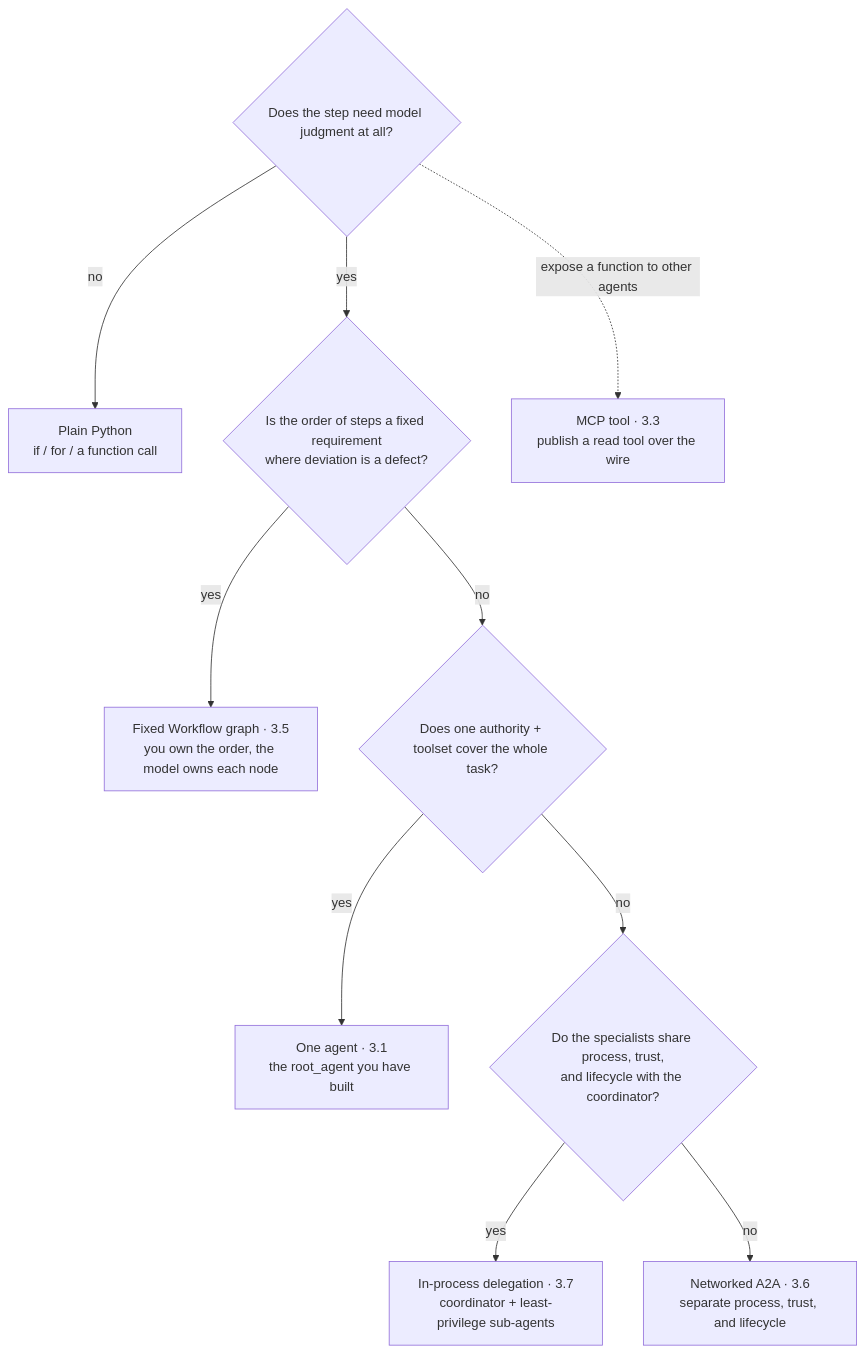
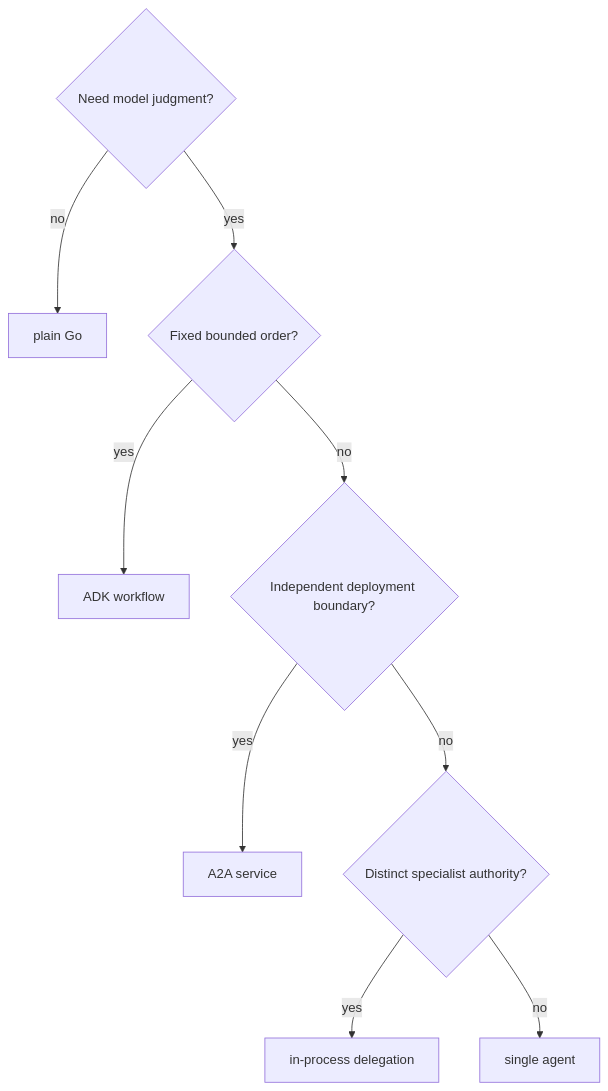
Before and after one commit to LuiGGi629/agentops-open-course: the diagram in content/3. Capabilities/_index.md, drawn with Mermaid. The commit also changed other lines of this file and 87 other files, not shown here.

````diff
--- a/content/3. Capabilities/_index.md
+++ b/content/3. Capabilities/_index.md
@@ -58,12 +32,11 @@
 ```mermaid
 flowchart TD
-    Q1{"Does the step need model judgment at all?"} -->|no| Plain["Plain Python<br/>if / for / a function call"]
-    Q1 -->|yes| Q2{"Is the order of steps a fixed requirement<br/>where deviation is a defect?"}
-    Q2 -->|yes| WF["Fixed Workflow graph · 3.5<br/>you own the order, the model owns each node"]
-    Q2 -->|no| Q3{"Does one authority + toolset cover the whole task?"}
-    Q3 -->|yes| One["One agent · 3.1<br/>the root_agent you have built"]
-    Q3 -->|no| Q4{"Do the specialists share process, trust,<br/>and lifecycle with the coordinator?"}
-    Q4 -->|yes| Deleg["In-process delegation · 3.7<br/>coordinator + least-privilege sub-agents"]
-    Q4 -->|no| A2A["Networked A2A · 3.6<br/>separate process, trust, and lifecycle"]
-    Q1 -.->|"expose a function to other agents"| MCP["MCP tool · 3.3<br/>publish a read tool over the wire"]
+    Q1{"Need model judgment?"} -->|no| Go["plain Go"]
+    Q1 -->|yes| Q2{"Fixed bounded order?"}
+    Q2 -->|yes| W["ADK workflow"]
+    Q2 -->|no| Q3{"Independent deployment boundary?"}
+    Q3 -->|yes| A2A["A2A service"]
+    Q3 -->|no| Q4{"Distinct specialist authority?"}
+    Q4 -->|yes| M["in-process delegation"]
+    Q4 -->|no| A["single agent"]
 ```
````
